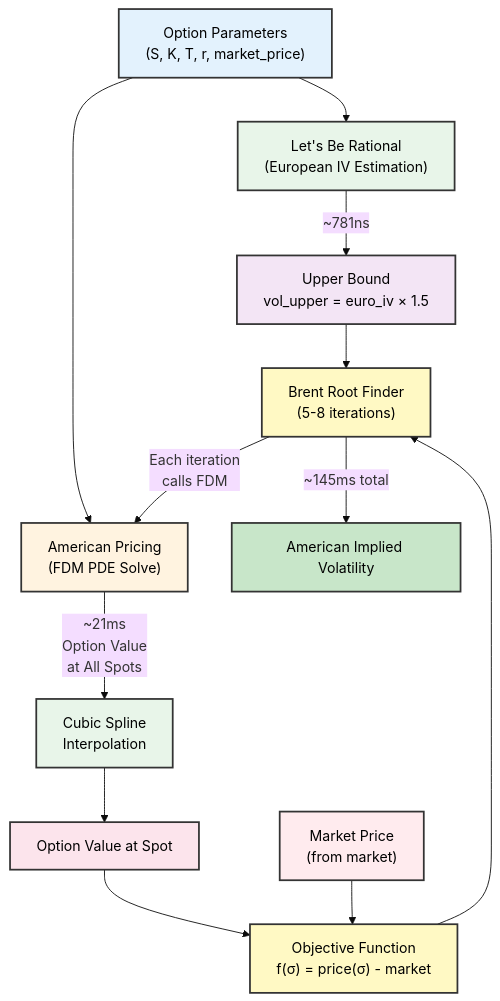
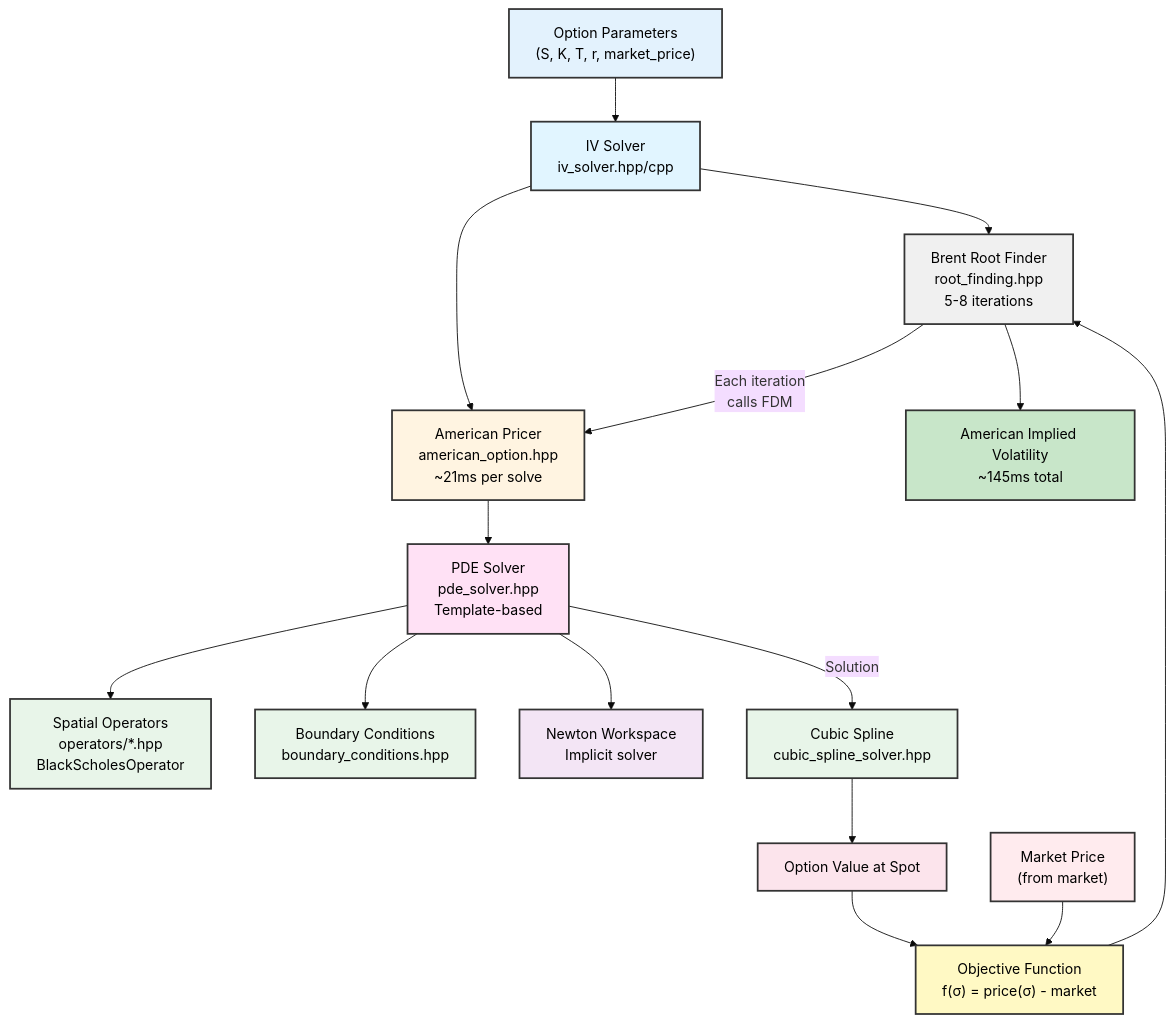
The third of 3 diagrams in docs/ARCHITECTURE.md (accelas/mango-option), drawn with Mermaid (base theme) before and after one commit. The commit also changed other lines of this file and 3 other files, not shown here.

````diff
--- a/docs/ARCHITECTURE.md
+++ b/docs/ARCHITECTURE.md
@@ -1362,48 +990,60 @@
 ```mermaid
 graph TD
     PARAMS["Option Parameters<br/>(S, K, T, r, market_price)"]
 
-    LBR["Let's Be Rational<br/>(European IV Estimation)"]
+    IVSOLVER["IV Solver<br/>iv_solver.hpp/cpp"]
 
-    BOUNDS["Upper Bound<br/>vol_upper = euro_iv × 1.5"]
+    AMERICAN["American Pricer<br/>american_option.hpp<br/>~21ms per solve"]
 
-    AMERICAN["American Pricing<br/>(FDM PDE Solve)"]
+    PDE["PDE Solver<br/>pde_solver.hpp<br/>Template-based"]
 
-    SPLINE["Cubic Spline<br/>Interpolation"]
+    OPS["Spatial Operators<br/>operators/*.hpp<br/>BlackScholesOperator"]
+
+    BC["Boundary Conditions<br/>boundary_conditions.hpp"]
+
+    NEWTON["Newton Workspace<br/>Implicit solver"]
+
+    SPLINE["Cubic Spline<br/>cubic_spline_solver.hpp"]
 
     VALUE["Option Value at Spot"]
 
     MARKET["Market Price<br/>(from market)"]
 
     OBJECTIVE["Objective Function<br/>f(σ) = price(σ) - market"]
 
-    BRENT["Brent Root Finder<br/>(5-8 iterations)"]
+    BRENT["Brent Root Finder<br/>root_finding.hpp<br/>5-8 iterations"]
 
-    IV["American Implied Volatility"]
+    IV["American Implied Volatility<br/>~145ms total"]
 
-    PARAMS --> LBR
-    LBR -->|"~781ns"| BOUNDS
-    BOUNDS --> BRENT
+    PARAMS --> IVSOLVER
+    IVSOLVER --> BRENT
+    IVSOLVER --> AMERICAN
 
-    PARAMS --> AMERICAN
-    AMERICAN -->|"~21ms<br/>Option Value<br/>at All Spots"| SPLINE
+    AMERICAN --> PDE
+    PDE --> OPS
+    PDE --> BC
+    PDE --> NEWTON
+    PDE -->|"Solution"| SPLINE
     SPLINE --> VALUE
     VALUE --> OBJECTIVE
 
     MARKET --> OBJECTIVE
     OBJECTIVE --> BRENT
 
     BRENT -->|"Each iteration<br/>calls FDM"| AMERICAN
-    BRENT -->|"~145ms total"| IV
+    BRENT --> IV
 
     style PARAMS fill:#e3f2fd,stroke:#333,stroke-width:2px,color:#000
-    style LBR fill:#e8f5e9,stroke:#333,stroke-width:2px,color:#000
-    style BOUNDS fill:#f3e5f5,stroke:#333,stroke-width:2px,color:#000
-    style AMERICAN fill:#fff3e0,stroke:#333,stroke-width:2px,color:#000
+    style IVSOLVER fill:#e1f5ff,stroke:#333,stroke-width:2px,color:#000
+    style AMERICAN fill:#fff4e1,stroke:#333,stroke-width:2px,color:#000
+    style PDE fill:#ffe1f5,stroke:#333,stroke-width:2px,color:#000
+    style OPS fill:#e8f5e9,stroke:#333,stroke-width:2px,color:#000
+    style BC fill:#e8f5e9,stroke:#333,stroke-width:2px,color:#000
+    style NEWTON fill:#f3e5f5,stroke:#333,stroke-width:2px,color:#000
     style SPLINE fill:#e8f5e9,stroke:#333,stroke-width:2px,color:#000
     style VALUE fill:#fce4ec,stroke:#333,stroke-width:2px,color:#000
     style MARKET fill:#ffebee,stroke:#333,stroke-width:2px,color:#000
     style OBJECTIVE fill:#fff9c4,stroke:#333,stroke-width:2px,color:#000
-    style BRENT fill:#fff9c4,stroke:#333,stroke-width:2px,color:#000
+    style BRENT fill:#f0f0f0,stroke:#333,stroke-width:2px,color:#000
     style IV fill:#c8e6c9,stroke:#333,stroke-width:2px,color:#000
 ```
````
